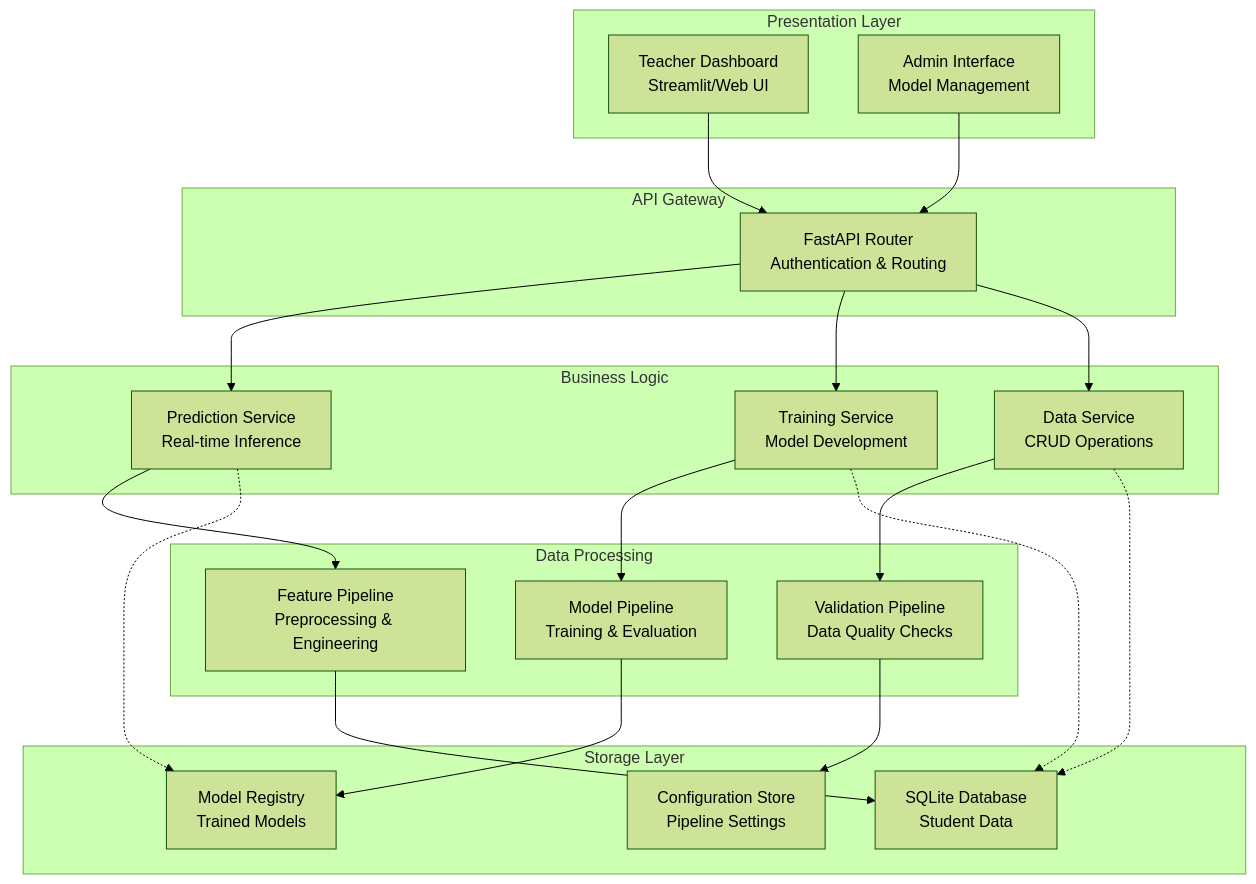
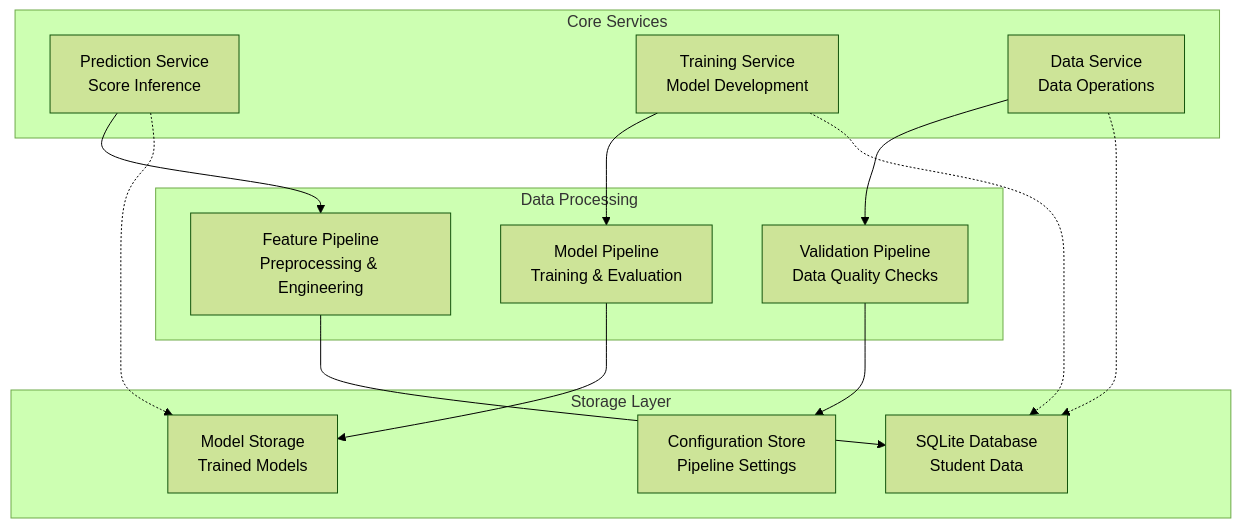
One commit to Champ-CEO/studentscore changed the sixth of 6 diagrams in specs/ai-doc/projectOverview.md. Above: the diagram before and after it, drawn with Mermaid (forest theme). The commit also changed other lines of this file and 9 other files, not shown here.

````diff
--- a/specs/ai-doc/projectOverview.md
+++ b/specs/ai-doc/projectOverview.md
@@ -516,45 +581,31 @@
 ```mermaid
 graph TB
-    subgraph "Presentation Layer"
-        A[Teacher Dashboard<br/>Streamlit/Web UI]
-        B[Admin Interface<br/>Model Management]
-    end
-
-    subgraph "API Gateway"
-        C[FastAPI Router<br/>Authentication & Routing]
-    end
-
-    subgraph "Business Logic"
-        D[Prediction Service<br/>Real-time Inference]
-        E[Training Service<br/>Model Development]
-        F[Data Service<br/>CRUD Operations]
+    subgraph "Core Services"
+        A[Prediction Service<br/>Score Inference]
+        B[Training Service<br/>Model Development]
+        C[Data Service<br/>Data Operations]
     end
 
     subgraph "Data Processing"
-        G[Feature Pipeline<br/>Preprocessing & Engineering]
-        H[Model Pipeline<br/>Training & Evaluation]
-        I[Validation Pipeline<br/>Data Quality Checks]
+        D[Feature Pipeline<br/>Preprocessing & Engineering]
+        E[Model Pipeline<br/>Training & Evaluation]
+        F[Validation Pipeline<br/>Data Quality Checks]
     end
 
     subgraph "Storage Layer"
-        J[SQLite Database<br/>Student Data]
-        K[Model Registry<br/>Trained Models]
-        L[Configuration Store<br/>Pipeline Settings]
+        G[SQLite Database<br/>Student Data]
+        H[Model Storage<br/>Trained Models]
+        I[Configuration Store<br/>Pipeline Settings]
     end
 
-    A --> C
-    B --> C
-    C --> D
-    C --> E
+    A --> D
+    B --> E
     C --> F
     D --> G
     E --> H
     F --> I
-    G --> J
-    H --> K
-    I --> L
 
-    D -.-> K
-    E -.-> J
-    F -.-> J
+    A -.-> H
+    B -.-> G
+    C -.-> G
 ```
````
